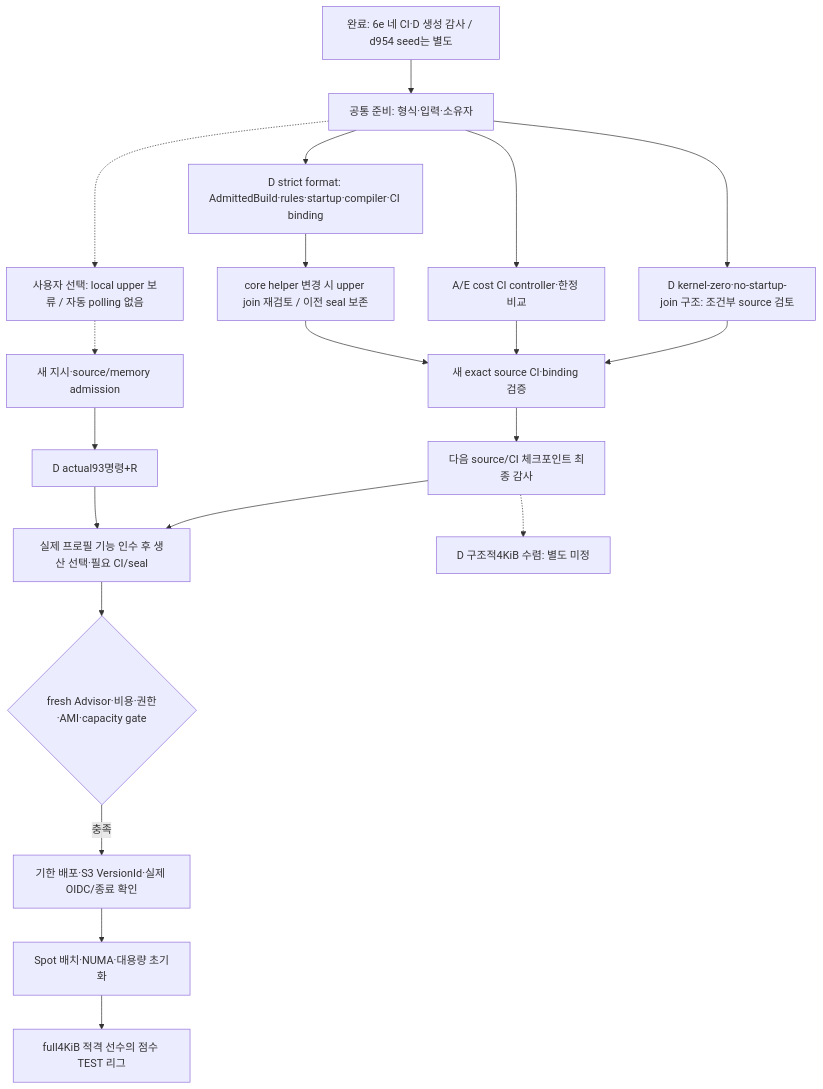
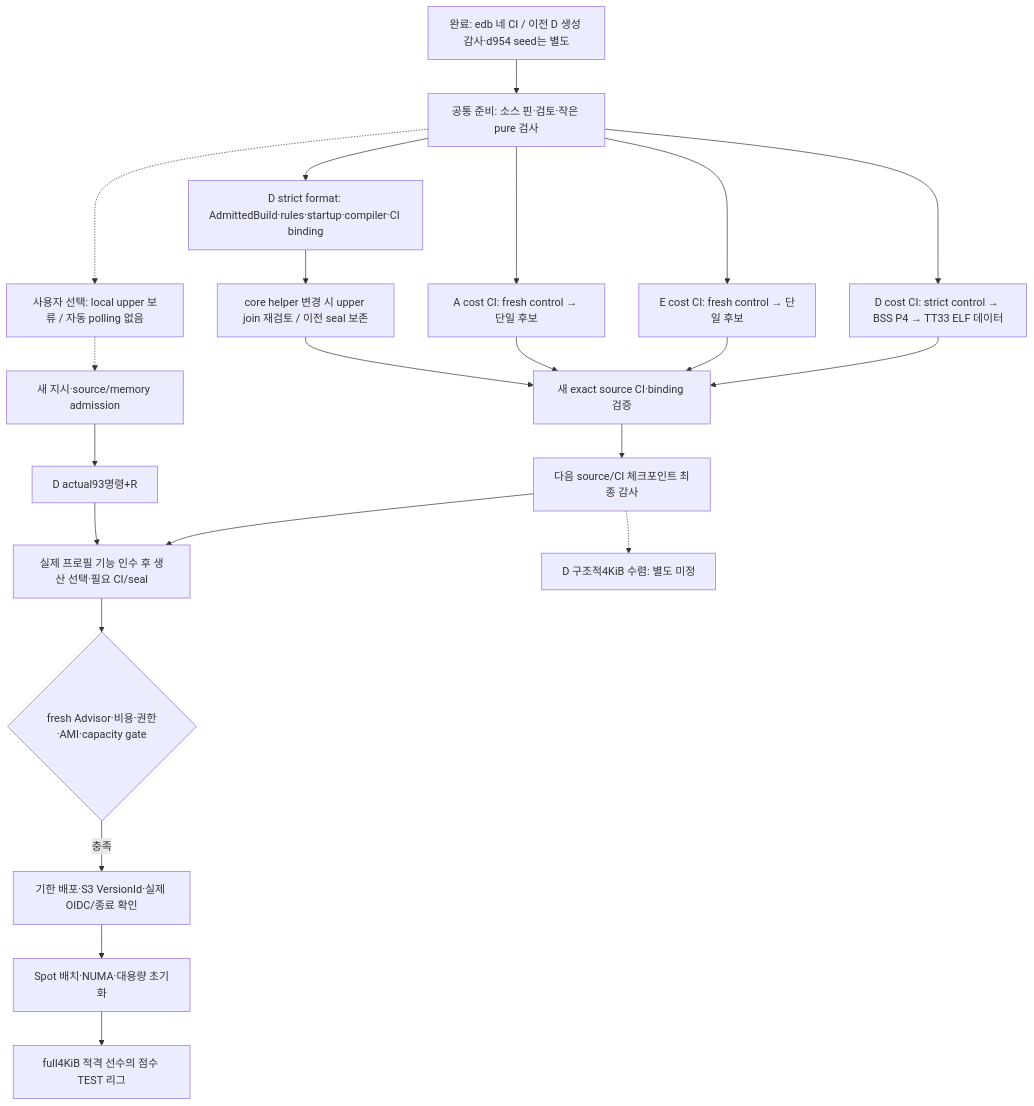
Before and after one commit to daejunnom/Rove4k: the fourth of 4 diagrams in docs/ENGINE-PLAN.ko.md, drawn with Mermaid. The commit also changed other lines of this file and 9 other files, not shown here.

Commit message:
Add bounded D BSS and A/E terminal cost CI cohorts

```diff
--- a/docs/ENGINE-PLAN.ko.md
+++ b/docs/ENGINE-PLAN.ko.md
@@ -672,22 +672,24 @@
 ~~~mermaid
 flowchart TD
-  DONE[완료: 6e 네 CI·D 생성 감사 / d954 seed는 별도] --> PREP[공통 준비: 형식·입력·소유자]
+  DONE[완료: edb 네 CI / 이전 D 생성 감사·d954 seed는 별도] --> PREP[공통 준비: 소스 핀·검토·작은 pure 검사]
   PREP --> D[D strict format: AdmittedBuild·rules·startup·compiler·CI binding]
-  PREP --> AE[A/E cost CI controller·한정 비교]
-  PREP --> BSS[D kernel-zero·no-startup-join 구조: 조건부 source 검토]
+  PREP --> AE[A cost CI: fresh control → 단일 후보]
+  PREP --> E[E cost CI: fresh control → 단일 후보]
+  PREP --> BSS[D cost CI: strict control → BSS P4 → TT33 ELF 데이터]
   D --> JOIN[core helper 변경 시 upper join 재검토 / 이전 seal 보존]
   JOIN --> CI[새 exact source CI·binding 검증]
   AE --> CI
+  E --> CI
   BSS --> CI
   CI --> AUDIT[다음 source/CI 체크포인트 최종 감사]
   PREP -.-> HOLD[사용자 선택: local upper 보류 / 자동 polling 없음]
   HOLD -.-> MEM[새 지시·source/memory admission]
   MEM --> UPPER[D actual93명령+R]
   UPPER --> SELECT[실제 프로필 기능 인수 후 생산 선택·필요 CI/seal]
   AUDIT --> SELECT
   SELECT --> GATE{fresh Advisor·비용·권한·AMI·capacity gate}
   GATE -->|충족| LIVE[기한 배포·S3 VersionId·실제 OIDC/종료 확인]
   LIVE --> NUMA[Spot 배치·NUMA·대용량 초기화]
   NUMA --> LEAGUE[full4KiB 적격 선수의 점수 TEST 리그]
   AUDIT -.-> SIZE[D 구조적4KiB 수렴: 별도 미정]
 ~~~
```
